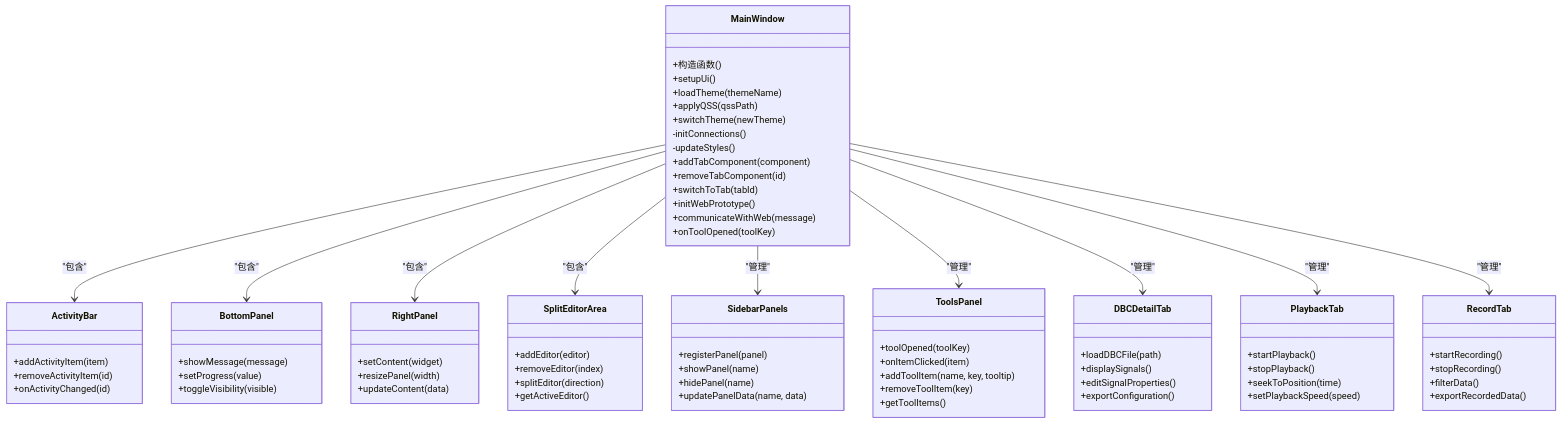
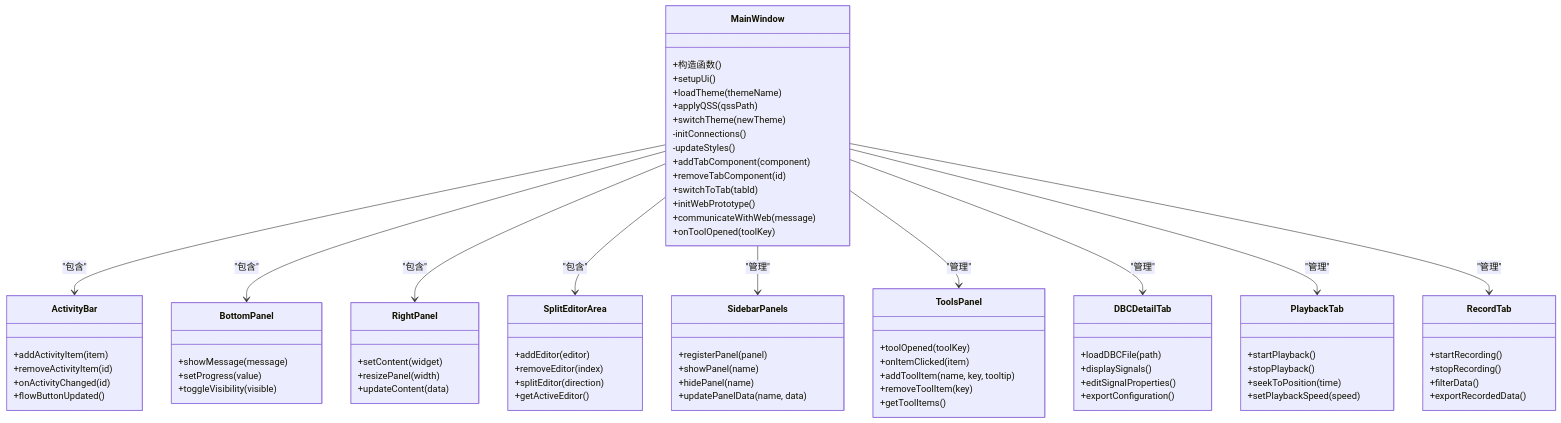
The fourth of 19 diagrams in .qoder/repowiki/zh/content/架构设计/UI系统设计/UI系统设计.md (jakecai1225-design/OpenBus), drawn with Mermaid before and after one commit. The commit also changed other lines of this file and 5 other files, not shown here.

````diff
--- a/.qoder/repowiki/zh/content/架构设计/UI系统设计/UI系统设计.md
+++ b/.qoder/repowiki/zh/content/架构设计/UI系统设计/UI系统设计.md
@@ -280,79 +279,80 @@
 ```mermaid
 classDiagram
 class MainWindow {
 +构造函数()
 +setupUi()
 +loadTheme(themeName)
 +applyQSS(qssPath)
 +switchTheme(newTheme)
 -initConnections()
 -updateStyles()
 +addTabComponent(component)
 +removeTabComponent(id)
 +switchToTab(tabId)
 +initWebPrototype()
 +communicateWithWeb(message)
 +onToolOpened(toolKey)
 }
 class ActivityBar {
 +addActivityItem(item)
 +removeActivityItem(id)
 +onActivityChanged(id)
++flowButtonUpdated()
 }
 class BottomPanel {
 +showMessage(message)
 +setProgress(value)
 +toggleVisibility(visible)
 }
 class RightPanel {
 +setContent(widget)
 +resizePanel(width)
 +updateContent(data)
 }
 class SplitEditorArea {
 +addEditor(editor)
 +removeEditor(index)
 +splitEditor(direction)
 +getActiveEditor()
 }
 class SidebarPanels {
 +registerPanel(panel)
 +showPanel(name)
 +hidePanel(name)
 +updatePanelData(name, data)
 }
 class ToolsPanel {
 +toolOpened(toolKey)
 +onItemClicked(item)
 +addToolItem(name, key, tooltip)
 +removeToolItem(key)
 +getToolItems()
 }
 class DBCDetailTab {
 +loadDBCFile(path)
 +displaySignals()
 +editSignalProperties()
 +exportConfiguration()
 }
 class PlaybackTab {
 +startPlayback()
 +stopPlayback()
 +seekToPosition(time)
 +setPlaybackSpeed(speed)
 }
 class RecordTab {
 +startRecording()
 +stopRecording()
 +filterData()
 +exportRecordedData()
 }
 MainWindow --> ActivityBar : "包含"
 MainWindow --> BottomPanel : "包含"
 MainWindow --> RightPanel : "包含"
 MainWindow --> SplitEditorArea : "包含"
 MainWindow --> SidebarPanels : "管理"
 MainWindow --> ToolsPanel : "管理"
 MainWindow --> DBCDetailTab : "管理"
 MainWindow --> PlaybackTab : "管理"
 MainWindow --> RecordTab : "管理"
 ```
````
